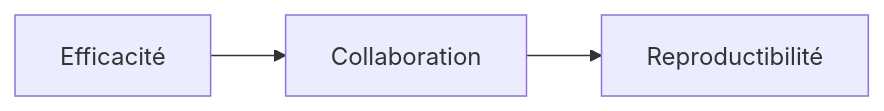
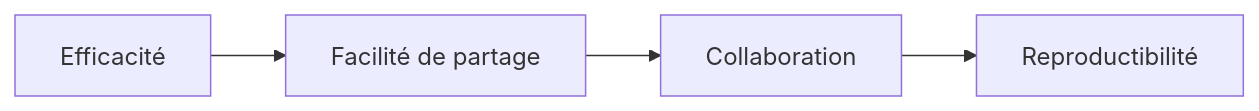
Before and after one commit to Alliance-RDM-GDR/CUR_Res_DepositingData: the first of 3 diagrams in RDM_DepositingData_fr.qmd, drawn with Mermaid. The commit also changed other lines of this file and 190 other files, not shown here.

````diff
--- a/RDM_DepositingData_fr.qmd
+++ b/RDM_DepositingData_fr.qmd
@@ -82,8 +92,9 @@
 ```{mermaid}
 %%| fig-width: 20
 %%| fig-height: 10
 
 flowchart LR
-A[Efficacité] --> B[Collaboration] 
-B --> C[Reproductibilité]
+A[Efficacité] --> B[Facilité de partage]
+B --> C[Collaboration]
+C --> D[Reproductibilité]
 ```
````
